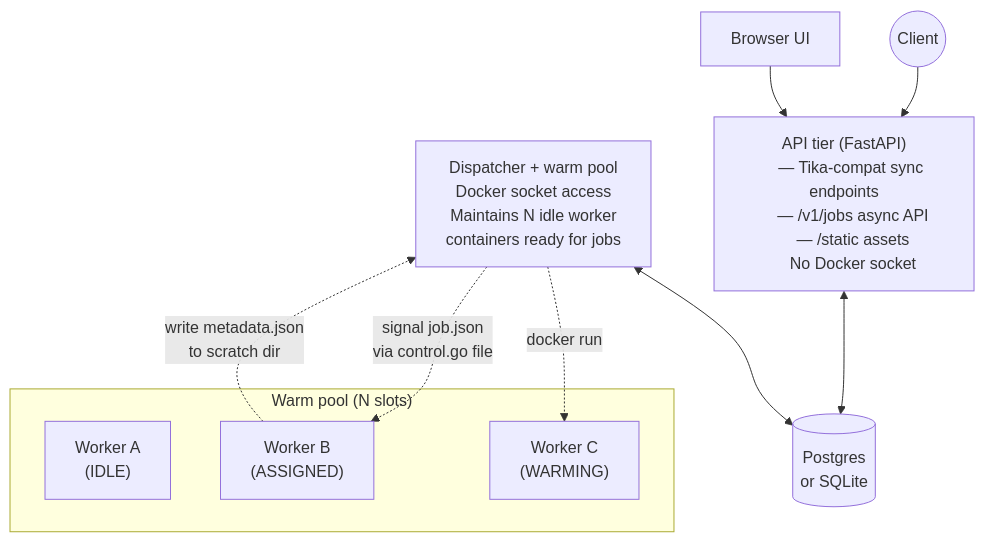
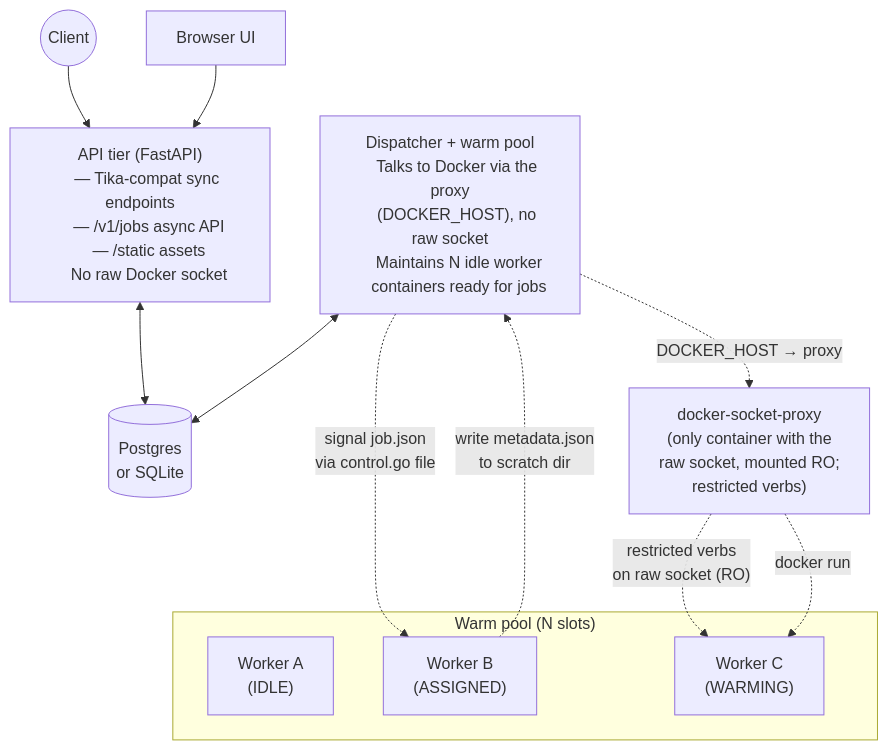
The third of 6 diagrams in README.md (wmetcalf/RedTusk), drawn with Mermaid before and after one commit. The commit also changed other lines of this file and 78 other files, not shown here.

````diff
--- a/README.md
+++ b/README.md
@@ -124,29 +124,36 @@
 ```mermaid
 flowchart TD
     client((Client))
     ui[Browser UI]
     api["API tier (FastAPI)
     — Tika-compat sync endpoints
     — /v1/jobs async API
     — /static assets
-    No Docker socket"]
+    No raw Docker socket"]
     db[(Postgres\nor SQLite)]
+    proxy["docker-socket-proxy
+    (only container with the
+    raw socket, mounted RO;
+    restricted verbs)"]
     disp["Dispatcher + warm pool
-    Docker socket access
+    Talks to Docker via the proxy
+    (DOCKER_HOST), no raw socket
     Maintains N idle worker
     containers ready for jobs"]
 
     subgraph pool["Warm pool (N slots)"]
         w1["Worker A\n(IDLE)"]
         w2["Worker B\n(ASSIGNED)"]
         w3["Worker C\n(WARMING)"]
     end
 
     client --> api
     ui --> api
     api <--> db
     disp <--> db
+    disp -.->|"DOCKER_HOST → proxy"| proxy
+    proxy -.->|"restricted verbs\non raw socket (RO)"| w3
     disp -.->|"signal job.json\nvia control.go file"| w2
-    disp -.->|"docker run"| w3
+    proxy -.->|"docker run"| w3
     w2 -.->|"write metadata.json\nto scratch dir"| disp
 ```
````
